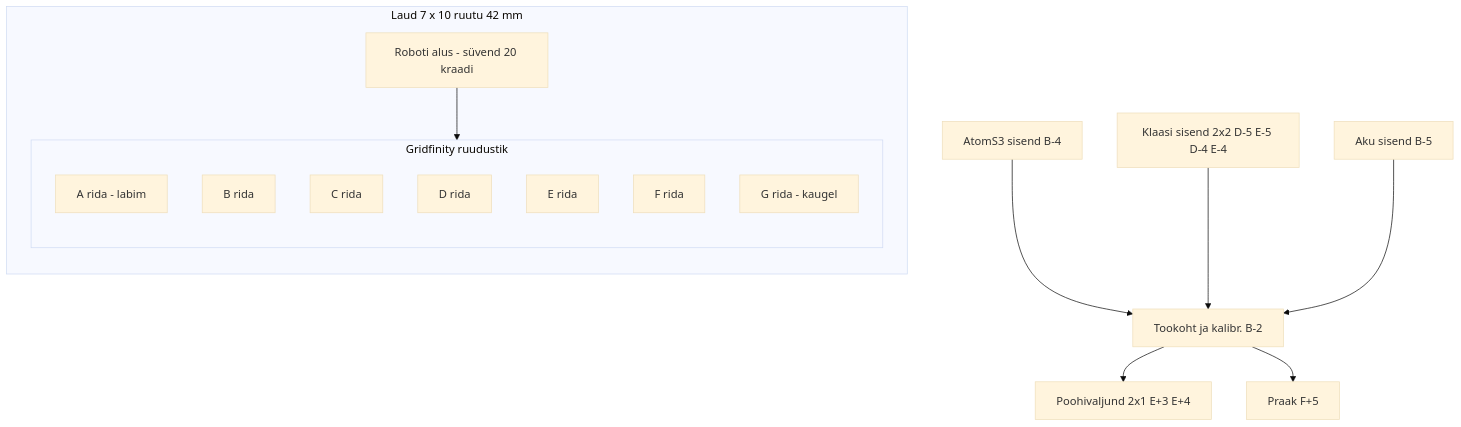
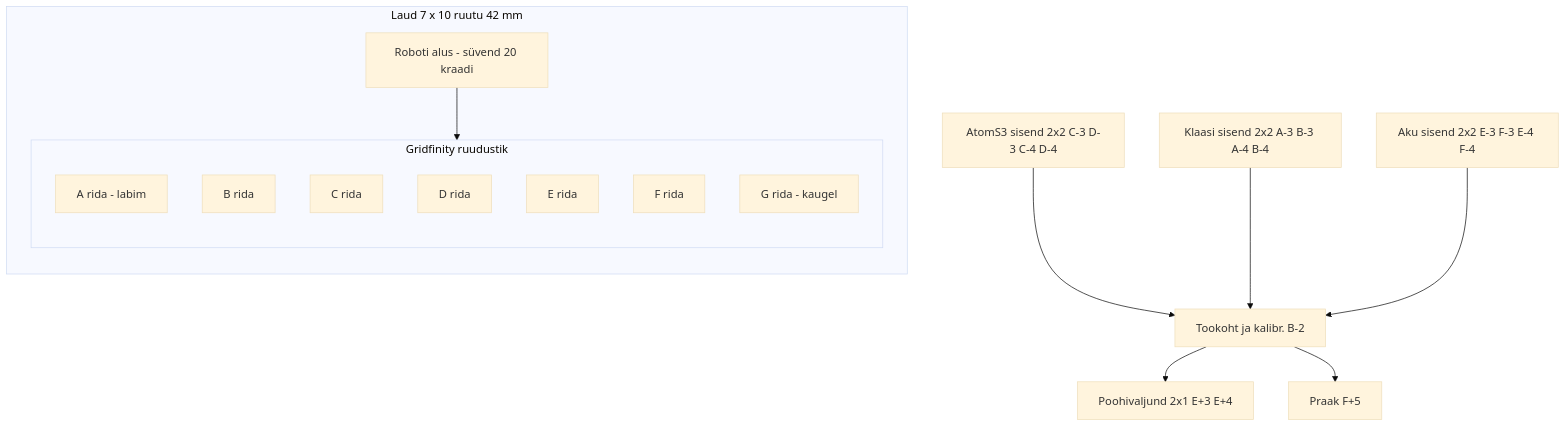
Before and after one commit to FrozenTo/RoboticsLesson: the diagram in 3d-printing/lab2/docs/layout.md, drawn with Mermaid (base theme). The commit also changed other lines of this file and 1 other file, not shown here.

````diff
--- a/3d-printing/lab2/docs/layout.md
+++ b/3d-printing/lab2/docs/layout.md
@@ -84,29 +88,29 @@
 ```mermaid
 flowchart TB
     subgraph RIG[Laud 7 x 10 ruutu 42 mm]
         direction TB
         NEST[Roboti alus - süvend 20 kraadi]
         subgraph GRID[Gridfinity ruudustik]
             direction TB
             ROWA[A rida - labim]
             ROWB[B rida]
             ROWC[C rida]
             ROWD[D rida]
             ROWE[E rida]
             ROWF[F rida]
             ROWG[G rida - kaugel]
         end
     end
     NEST --> GRID
-    ATOM[AtomS3 sisend B-4]
-    GLASS[Klaasi sisend 2x2 D-5 E-5 D-4 E-4]
-    BATT[Aku sisend B-5]
+    ATOM[AtomS3 sisend 2x2 C-3 D-3 C-4 D-4]
+    GLASS[Klaasi sisend 2x2 A-3 B-3 A-4 B-4]
+    BATT[Aku sisend 2x2 E-3 F-3 E-4 F-4]
     WS[Tookoht ja kalibr. B-2]
     MAIN[Poohivaljund 2x1 E+3 E+4]
     SCRAP[Praak F+5]
     ATOM --> WS
     GLASS --> WS
     BATT --> WS
     WS --> MAIN
     WS --> SCRAP
 ```
````
